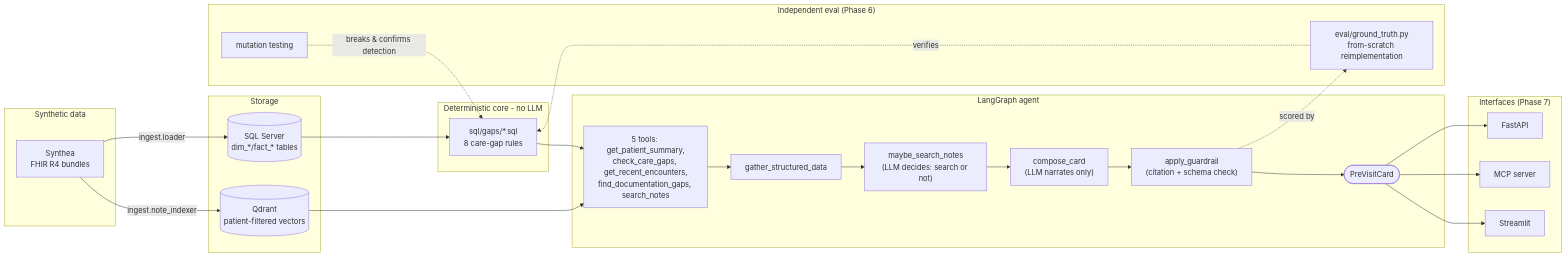
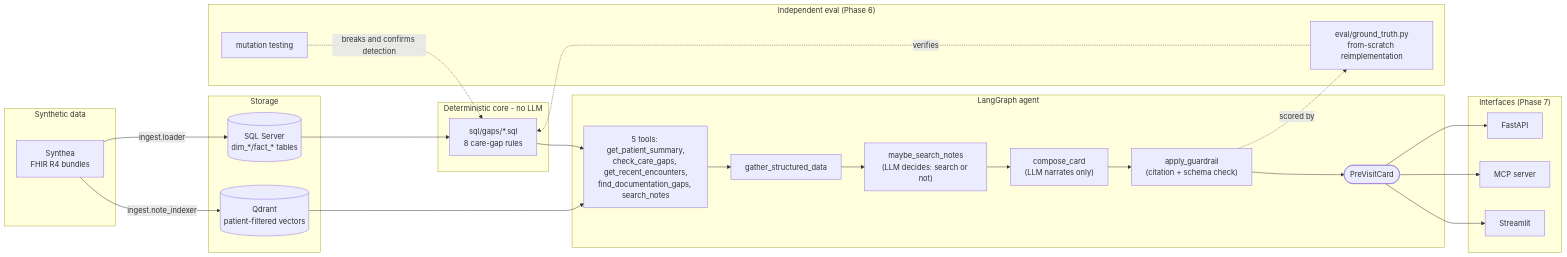
Before and after one commit to Vaishnavi-K23/Previsit-agent-: the diagram in README.md, drawn with Mermaid.

Commit message:
Fix Mermaid diagram not rendering on GitHub: unquoted & in an edge label
The three dotted eval-verification edges used an unquoted "&" inside an
unlabeled dotted-edge syntax (-.breaks & confirms detection.-> rules).
Mermaid treats & specially (A & B --> C multi-node syntax), so an
unquoted & inside what was meant to be freeform label text is a parse
error - and a single parse error fails the whole diagram, not just that
edge, which is why the entire Architecture section wasn't rendering on
GitHub instead of just one arrow looking wrong.

Switched all three dotted edges to the standard pipe-delimited label
syntax (-.->|label|), matching the solid edges elsewhere in the same
diagram, and replaced "&" with "and" to remove the special character
entirely rather than relying on quoting inside a syntax form that doesn't
clearly support it.

````diff
--- a/README.md
+++ b/README.md
@@ -112,49 +112,49 @@
 ```mermaid
 flowchart LR
     subgraph gen["Synthetic data"]
         synthea["Synthea<br/>FHIR R4 bundles"]
     end
 
     subgraph store["Storage"]
         sql[("SQL Server<br/>dim_*/fact_* tables")]
         qdrant[("Qdrant<br/>patient-filtered vectors")]
     end
 
     synthea -->|"ingest.loader"| sql
     synthea -->|"ingest.note_indexer"| qdrant
 
     subgraph deterministic["Deterministic core - no LLM"]
         rules["sql/gaps/*.sql<br/>8 care-gap rules"]
     end
     sql --> rules
 
     subgraph agent["LangGraph agent"]
         tools["5 tools: get_patient_summary,<br/>check_care_gaps, get_recent_encounters,<br/>find_documentation_gaps, search_notes"]
         gather["gather_structured_data"]
         search["maybe_search_notes<br/>(LLM decides: search or not)"]
         compose["compose_card<br/>(LLM narrates only)"]
         guard["apply_guardrail<br/>(citation + schema check)"]
         card(["PreVisitCard"])
 
         tools --> gather --> search --> compose --> guard --> card
     end
     rules --> tools
     qdrant --> tools
 
     subgraph eval["Independent eval (Phase 6)"]
         gt["eval/ground_truth.py<br/>from-scratch reimplementation"]
         mut["mutation testing"]
     end
-    gt -.verifies.-> rules
-    mut -.breaks & confirms detection.-> rules
-    guard -.scored by.-> gt
+    gt -.->|verifies| rules
+    mut -.->|breaks and confirms detection| rules
+    guard -.->|scored by| gt
 
     subgraph interfaces["Interfaces (Phase 7)"]
         api["FastAPI"]
         mcp["MCP server"]
         ui["Streamlit"]
     end
     card --> api
     card --> mcp
     card --> ui
 ```
````
